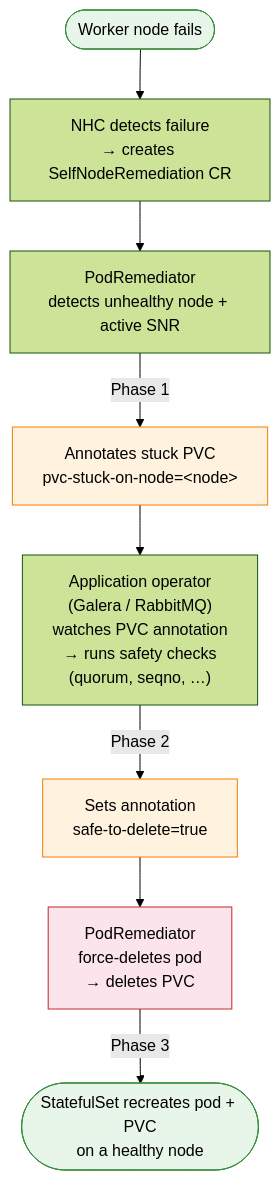
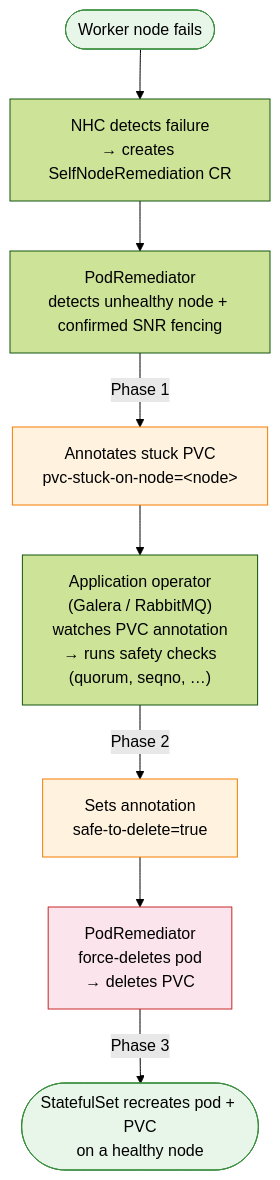
The first of 2 diagrams in docs/podremediator_guide.md (openstack-k8s-operators/infra-operator), drawn with Mermaid (forest theme) before and after one commit. The commit also changed other lines of this file and 9 other files, not shown here.

First line of the commit message:
Require fencing evidence and cancel stale PodRemediator consent

````diff
--- a/docs/podremediator_guide.md
+++ b/docs/podremediator_guide.md
@@ -20,30 +20,30 @@
 ```mermaid
 flowchart TD
     A([Worker node fails]) --> B
 
     B["NHC detects failure\n→ creates SelfNodeRemediation CR"]
     B --> C
 
-    C["PodRemediator\ndetects unhealthy node + active SNR"]
+    C["PodRemediator\ndetects unhealthy node + confirmed SNR fencing"]
     C -->|Phase 1| D
 
     D["Annotates stuck PVC\npvc-stuck-on-node=&lt;node&gt;"]
     D --> E
 
     E["Application operator\n(Galera / RabbitMQ)\nwatches PVC annotation\n→ runs safety checks\n  (quorum, seqno, …)"]
     E -->|Phase 2| F
 
     F["Sets annotation\nsafe-to-delete=true"]
     F --> G
 
     G["PodRemediator\nforce-deletes pod\n→ deletes PVC"]
     G -->|Phase 3| H
 
     H([StatefulSet recreates pod + PVC\non a healthy node])
 
     style A fill:#e8f5e9,stroke:#388e3c
     style H fill:#e8f5e9,stroke:#388e3c
     style D fill:#fff3e0,stroke:#f57c00
     style F fill:#fff3e0,stroke:#f57c00
     style G fill:#fce4ec,stroke:#c62828
 ```
````
